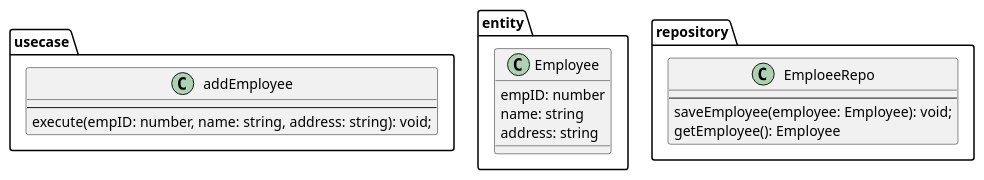
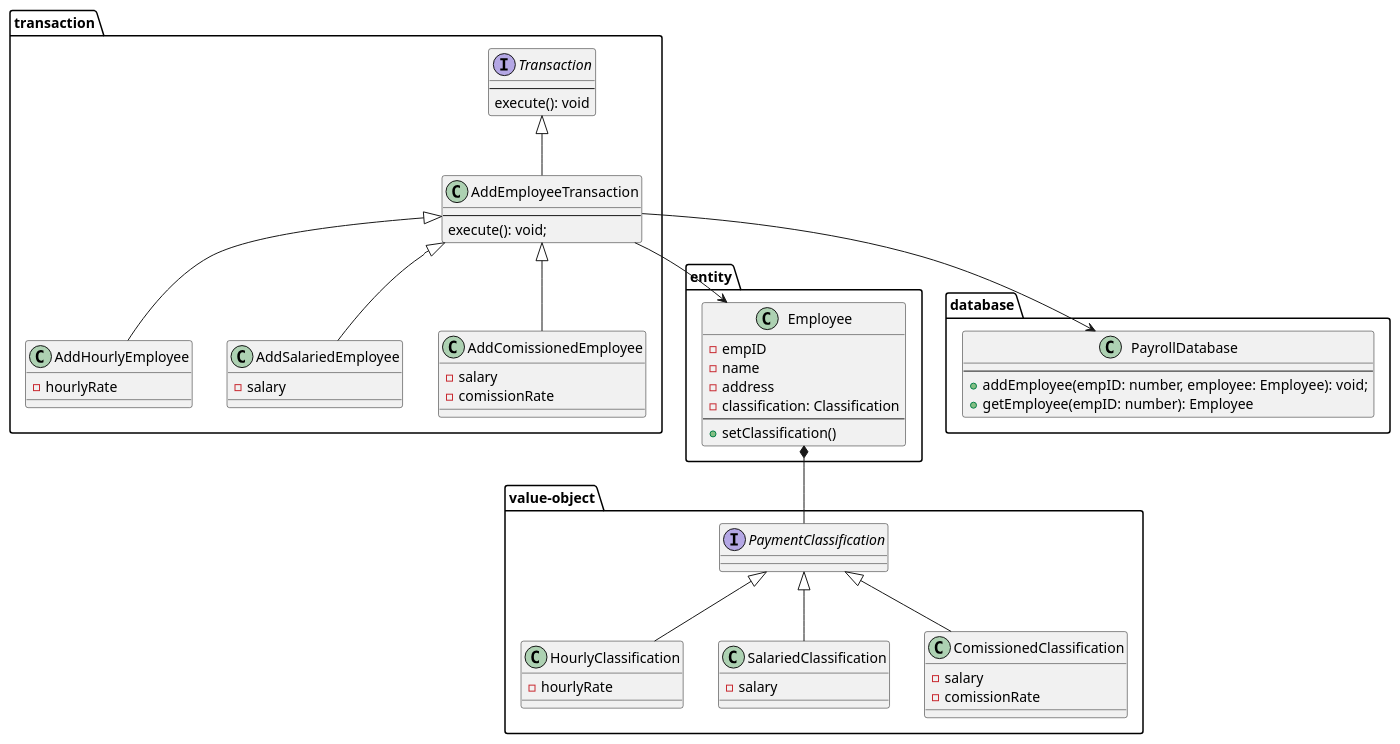
Before and after one commit to show-coco/architecture-practice: the diagram in salary-system/diagrams/class.puml, drawn with PlantUML. The commit also changed 10 other files, not shown here.

```diff
--- a/salary-system/diagrams/class.puml
+++ b/salary-system/diagrams/class.puml
@@ -1,25 +1,79 @@
 @startuml
 
-package usecase {
-  class addEmployee {
+package transaction {
+  interface Transaction {
     --
-    execute(empID: number, name: string, address: string): void;
+    execute(): void
+  }
+
+  class AddEmployeeTransaction {
+    --
+    execute(): void;
+  }
+
+  class AddHourlyEmployee {
+    - hourlyRate 
+  }
+
+  class AddSalariedEmployee {
+    - salary
+  }
+
+  class AddComissionedEmployee {
+    - salary
+    - comissionRate
   }
 }
 
+
 package entity {
   class Employee {
-    empID: number
-    name: string
-    address: string
+    - empID
+    - name
+    - address
+    - classification: Classification
+    --
+    + setClassification()
   }
 }
 
-package repository {
-  class EmploeeRepo {
-    --
-    saveEmployee(employee: Employee): void;
-    getEmployee(): Employee
+package value-object {
+  interface PaymentClassification
+
+  class HourlyClassification {
+    - hourlyRate
+  }
+
+  class SalariedClassification {
+    - salary
+  }
+
+  class ComissionedClassification {
+    - salary
+    - comissionRate
   }
 }
+
+package database {
+  class PayrollDatabase {
+    --
+    + addEmployee(empID: number, employee: Employee): void;
+    + getEmployee(empID: number): Employee
+  }
+}
+
+Transaction <|-- AddEmployeeTransaction
+AddEmployeeTransaction <|-- AddHourlyEmployee
+AddEmployeeTransaction <|-- AddSalariedEmployee
+AddEmployeeTransaction <|-- AddComissionedEmployee
+
+PaymentClassification <|-- HourlyClassification
+PaymentClassification <|-- SalariedClassification
+PaymentClassification <|-- ComissionedClassification
+
+Employee *-- PaymentClassification
+
+AddEmployeeTransaction --> Employee
+AddEmployeeTransaction --> PayrollDatabase
+
 @enduml
```
